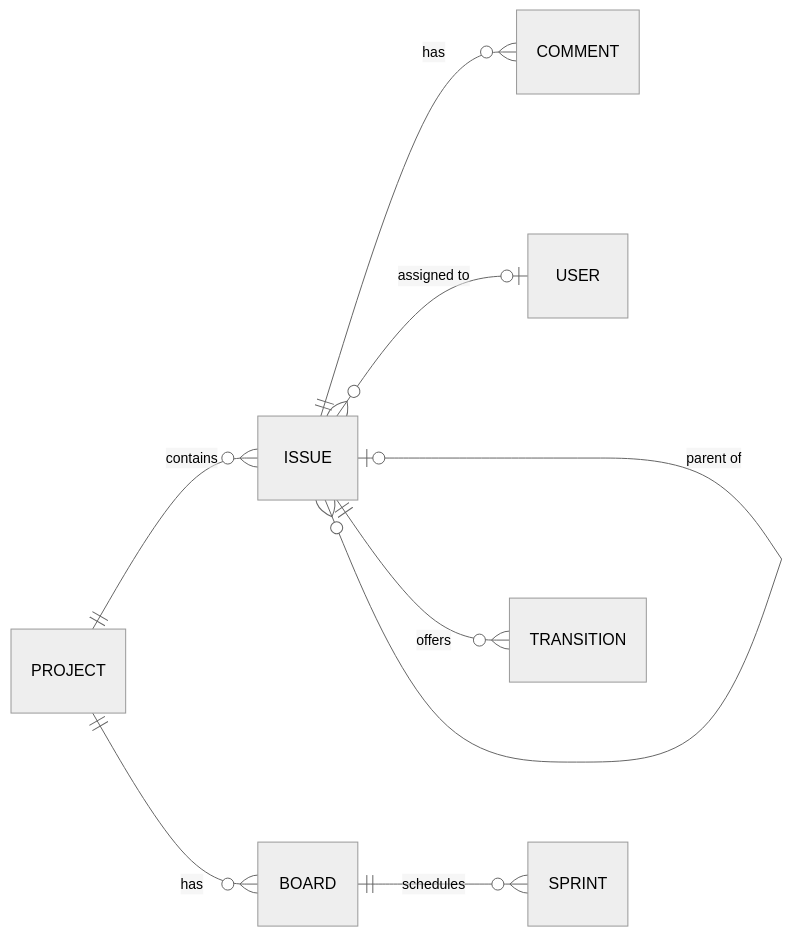
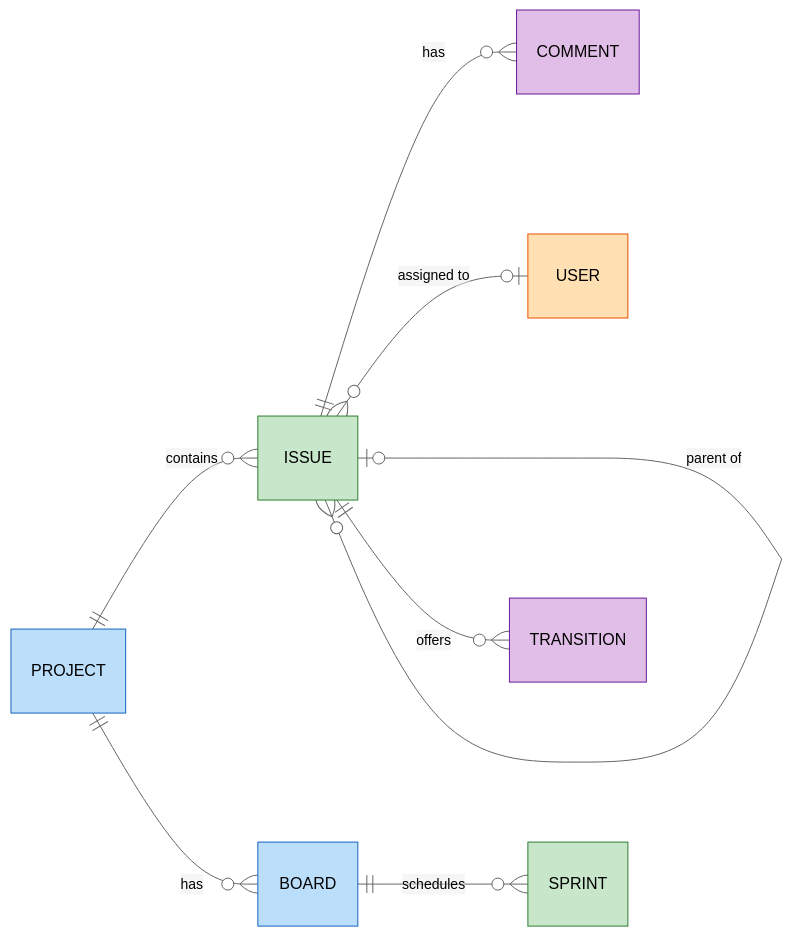
The diagram in doc/jira.md (alephic-ai/foac), drawn with Mermaid (neutral theme) before and after one commit. The commit also changed 6 other files, not shown here.

````diff
--- a/doc/jira.md
+++ b/doc/jira.md
@@ -43,12 +43,20 @@
 ```mermaid
 erDiagram
     %% LR stacks siblings vertically: tall and narrow instead of very wide
     direction LR
     PROJECT ||--o{ ISSUE : contains
     ISSUE ||--o{ COMMENT : has
     ISSUE }o--o| USER : "assigned to"
     ISSUE |o--o{ ISSUE : "parent of"
     ISSUE ||--o{ TRANSITION : offers
     PROJECT ||--o{ BOARD : has
     BOARD ||--o{ SPRINT : schedules
+    classDef scope fill:#bbdefb,stroke:#1565c0,color:#000
+    classDef work fill:#c8e6c9,stroke:#2e7d32,color:#000
+    classDef people fill:#ffe0b2,stroke:#e65100,color:#000
+    classDef annotation fill:#e1bee7,stroke:#6a1b9a,color:#000
+    class PROJECT,BOARD scope
+    class ISSUE,SPRINT work
+    class USER people
+    class COMMENT,TRANSITION annotation
 ```
````
